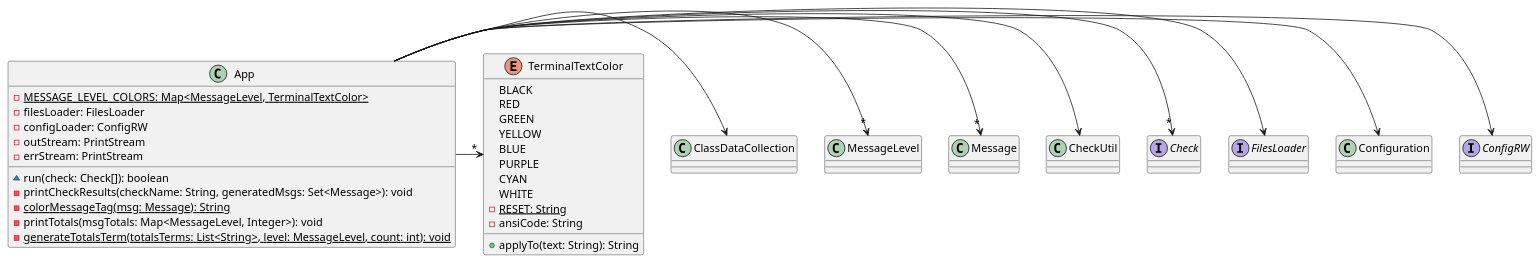
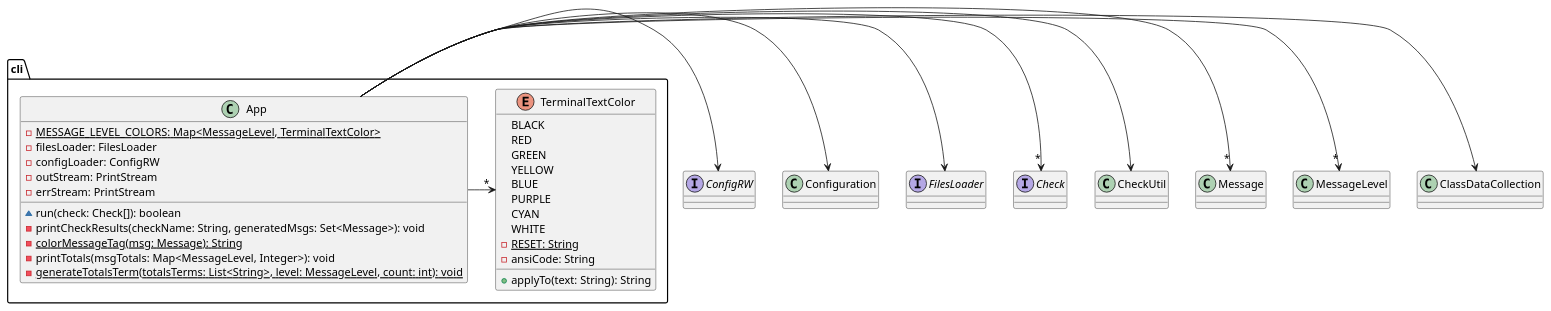
Before and after one commit to mkacct/csse375-project-2.1: the diagram in uml/classes.puml, drawn with PlantUML.

Commit message:
created package for cli classes

```diff
--- a/uml/classes.puml
+++ b/uml/classes.puml
@@ -1,62 +1,65 @@
 @startuml
-class App {
--{static} MESSAGE_LEVEL_COLORS: Map<MessageLevel, TerminalTextColor>
--filesLoader: FilesLoader
--configLoader: ConfigRW
--outStream: PrintStream
--errStream: PrintStream
-~run(check: Check[]): boolean
--printCheckResults(checkName: String, generatedMsgs: Set<Message>): void
--{static} colorMessageTag(msg: Message): String
--printTotals(msgTotals: Map<MessageLevel, Integer>): void
--{static} generateTotalsTerm(totalsTerms: List<String>, level: MessageLevel, count: int): void
-}
-
 interface ConfigRW {
 }
 
 class Configuration {
 }
 
 interface FilesLoader {
 }
 
 interface Check {
 }
 
 class CheckUtil {
 }
 
 class Message {
 }
 
 class MessageLevel {
 }
 
 class ClassDataCollection {
 }
 
-enum TerminalTextColor {
-BLACK
-RED
-GREEN
-YELLOW
-BLUE
-PURPLE
-CYAN
-WHITE
--{static} RESET: String
--ansiCode: String
-+applyTo(text: String): String
+package "cli" {
+  class App {
+    -{static} MESSAGE_LEVEL_COLORS: Map<MessageLevel, TerminalTextColor>
+    -filesLoader: FilesLoader
+    -configLoader: ConfigRW
+    -outStream: PrintStream
+    -errStream: PrintStream
+    ~run(check: Check[]): boolean
+    -printCheckResults(checkName: String, generatedMsgs: Set<Message>): void
+    -{static} colorMessageTag(msg: Message): String
+    -printTotals(msgTotals: Map<MessageLevel, Integer>): void
+    -{static} generateTotalsTerm(totalsTerms: List<String>, level: MessageLevel, count: int): void
+  }
+
+  enum TerminalTextColor {
+    BLACK
+    RED
+    GREEN
+    YELLOW
+    BLUE
+    PURPLE
+    CYAN
+    WHITE
+    -{static} RESET: String
+   -ansiCode: String
+    +applyTo(text: String): String
+  }
+
+  App -> ConfigRW
+  App -> Configuration
+  App -> FilesLoader
+  App ->"*" Check
+  App -> CheckUtil
+  App ->"*" Message
+  App ->"*" MessageLevel
+  App -> ClassDataCollection
+  App ->"*" TerminalTextColor
 }
 
-App -> ConfigRW
-App -> Configuration
-App -> FilesLoader
-App ->"*" Check
-App -> CheckUtil
-App ->"*" Message
-App ->"*" MessageLevel
-App -> ClassDataCollection
-App ->"*" TerminalTextColor
 @enduml
```
